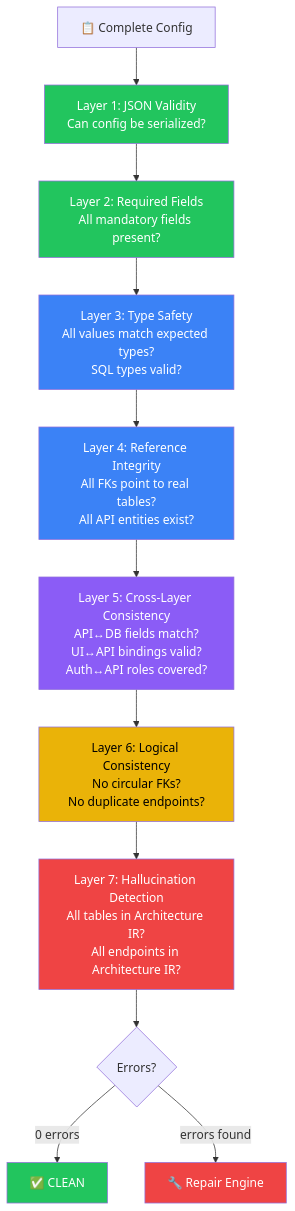
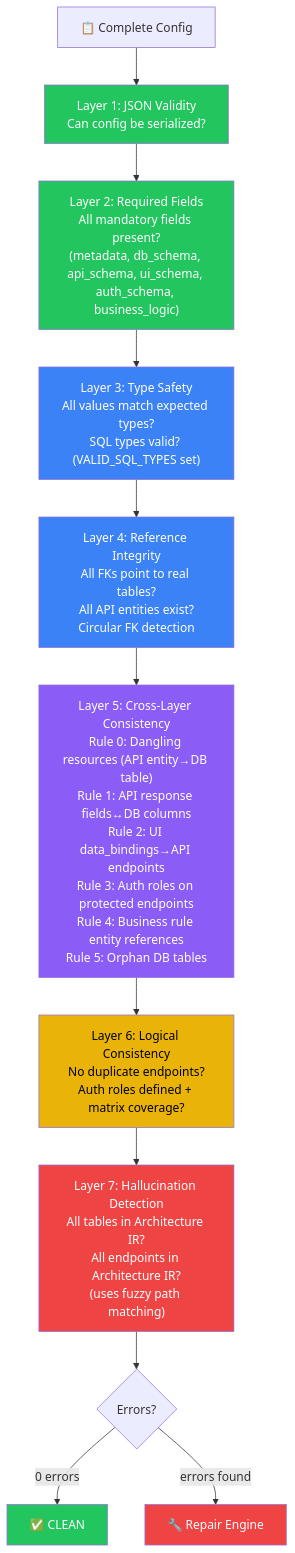
One commit to notsooamit/app-compiler changed diagram 11 of 24 in SOFTWARE_ARCHITECTURE.md. Above: the diagram before and after it, drawn with Mermaid. The commit also changed other lines of this file and 1 other file, not shown here.

````diff
--- a/SOFTWARE_ARCHITECTURE.md
+++ b/SOFTWARE_ARCHITECTURE.md
@@ -598,26 +646,26 @@
 ```mermaid
 flowchart TB
     CONFIG["📋 Complete Config"]
     
     CONFIG --> L1["Layer 1: JSON Validity<br/>Can config be serialized?"]
-    L1 --> L2["Layer 2: Required Fields<br/>All mandatory fields present?"]
-    L2 --> L3["Layer 3: Type Safety<br/>All values match expected types?<br/>SQL types valid?"]
-    L3 --> L4["Layer 4: Reference Integrity<br/>All FKs point to real tables?<br/>All API entities exist?"]
-    L4 --> L5["Layer 5: Cross-Layer Consistency<br/>API↔DB fields match?<br/>UI↔API bindings valid?<br/>Auth↔API roles covered?"]
-    L5 --> L6["Layer 6: Logical Consistency<br/>No circular FKs?<br/>No duplicate endpoints?"]
-    L6 --> L7["Layer 7: Hallucination Detection<br/>All tables in Architecture IR?<br/>All endpoints in Architecture IR?"]
+    L1 --> L2["Layer 2: Required Fields<br/>All mandatory fields present?<br/>(metadata, db_schema, api_schema, ui_schema, auth_schema, business_logic)"]
+    L2 --> L3["Layer 3: Type Safety<br/>All values match expected types?<br/>SQL types valid? (VALID_SQL_TYPES set)"]
+    L3 --> L4["Layer 4: Reference Integrity<br/>All FKs point to real tables?<br/>All API entities exist?<br/>Circular FK detection"]
+    L4 --> L5["Layer 5: Cross-Layer Consistency<br/>Rule 0: Dangling resources (API entity→DB table)<br/>Rule 1: API response fields↔DB columns<br/>Rule 2: UI data_bindings→API endpoints<br/>Rule 3: Auth roles on protected endpoints<br/>Rule 4: Business rule entity references<br/>Rule 5: Orphan DB tables"]
+    L5 --> L6["Layer 6: Logical Consistency<br/>No duplicate endpoints?<br/>Auth roles defined + matrix coverage?"]
+    L6 --> L7["Layer 7: Hallucination Detection<br/>All tables in Architecture IR?<br/>All endpoints in Architecture IR?<br/>(uses fuzzy path matching)"]
     
     L7 --> RESULT{"Errors?"}
     RESULT -->|"0 errors"| CLEAN["✅ CLEAN"]
     RESULT -->|"errors found"| REPAIR["🔧 Repair Engine"]
     
     style L1 fill:#22c55e,color:#fff
     style L2 fill:#22c55e,color:#fff
     style L3 fill:#3b82f6,color:#fff
     style L4 fill:#3b82f6,color:#fff
     style L5 fill:#8b5cf6,color:#fff
     style L6 fill:#eab308,color:#000
     style L7 fill:#ef4444,color:#fff
     style CLEAN fill:#22c55e,color:#fff
     style REPAIR fill:#ef4444,color:#fff
 ```
````
